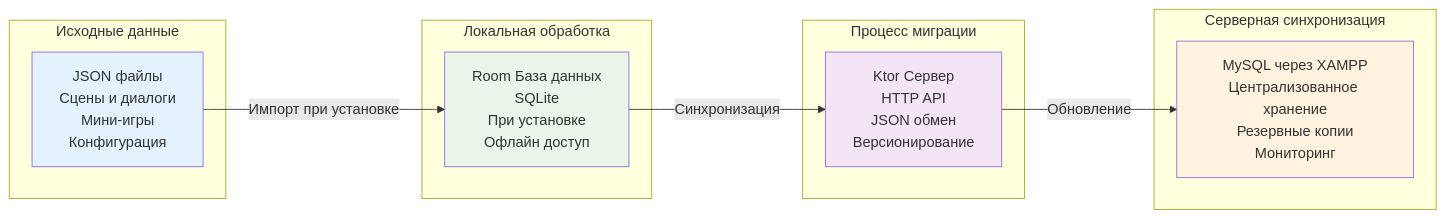
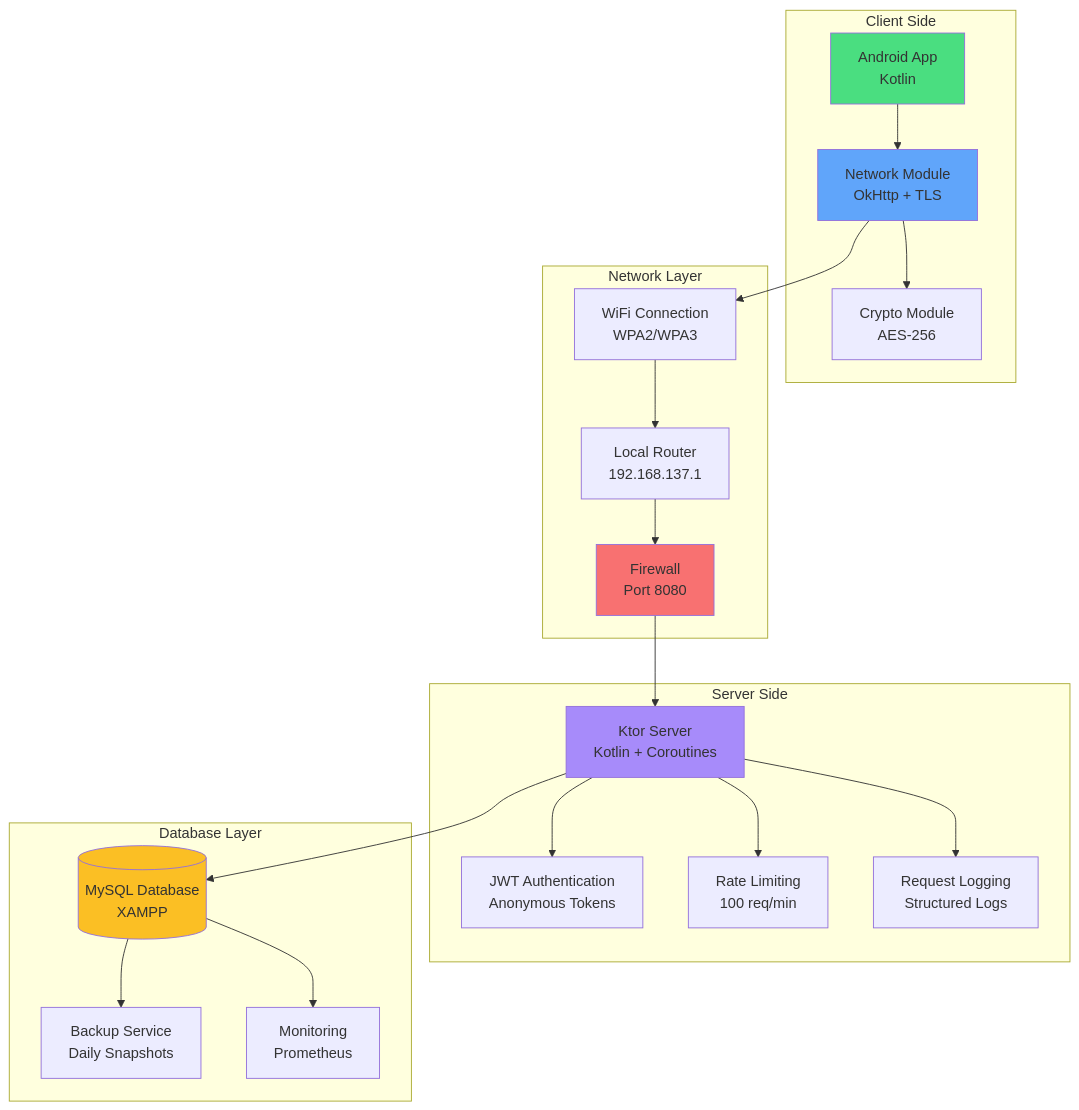
The tenth of 11 diagrams in ALL_DIAGRAMS.md (Angel-Energy/diplom-), drawn with Mermaid before and after one commit. The commit also changed other lines of this file and 247 other files, not shown here.

````diff
--- a/ALL_DIAGRAMS.md
+++ b/ALL_DIAGRAMS.md
@@ -400,22 +411,46 @@
 ```mermaid
-graph LR
-    subgraph "Исходные данные"
-        A[JSON файлы<br/>Сцены и диалоги<br/>Мини-игры<br/>Конфигурация]
+graph TB
+    subgraph "Client Side"
+        Android[Android App<br/>Kotlin]
+        Network[Network Module<br/>OkHttp + TLS]
+        Crypto[Crypto Module<br/>AES-256]
     end
-    subgraph "Локальная обработка"
-        B[Room База данных<br/>SQLite<br/>При установке<br/>Офлайн доступ]
+    
+    subgraph "Network Layer"
+        WiFi[WiFi Connection<br/>WPA2/WPA3]
+        Router[Local Router<br/>192.168.137.1]
+        Firewall[Firewall<br/>Port 8080]
     end
-    subgraph "Серверная синхронизация"
-        C[MySQL через XAMPP<br/>Централизованное хранение<br/>Резервные копии<br/>Мониторинг]
+    
+    subgraph "Server Side"
+        Ktor[Ktor Server<br/>Kotlin + Coroutines]
+        Auth[JWT Authentication<br/>Anonymous Tokens]
+        RateLimit[Rate Limiting<br/>100 req/min]
+        Logging[Request Logging<br/>Structured Logs]
     end
-    subgraph "Процесс миграции"
-        D[Ktor Сервер<br/>HTTP API<br/>JSON обмен<br/>Версионирование]
+    
+    subgraph "Database Layer"
+        MySQL[(MySQL Database<br/>XAMPP)]
+        Backup[Backup Service<br/>Daily Snapshots]
+        Monitor[Monitoring<br/>Prometheus]
     end
-    A -->|Импорт при установке| B
-    B -->|Синхронизация| D
-    D -->|Обновление| C
-    style A fill:#e3f2fd
-    style B fill:#e8f5e8
-    style C fill:#fff3e0
-    style D fill:#f3e5f5
+    
+    Android --> Network
+    Network --> Crypto
+    Network --> WiFi
+    WiFi --> Router
+    Router --> Firewall
+    Firewall --> Ktor
+    Ktor --> Auth
+    Ktor --> RateLimit
+    Ktor --> Logging
+    Ktor --> MySQL
+    MySQL --> Backup
+    MySQL --> Monitor
+    
+    style Android fill:#4ade80
+    style Network fill:#60a5fa
+    style Ktor fill:#a78bfa
+    style MySQL fill:#fbbf24
+    style Firewall fill:#f87171
 ```
````
